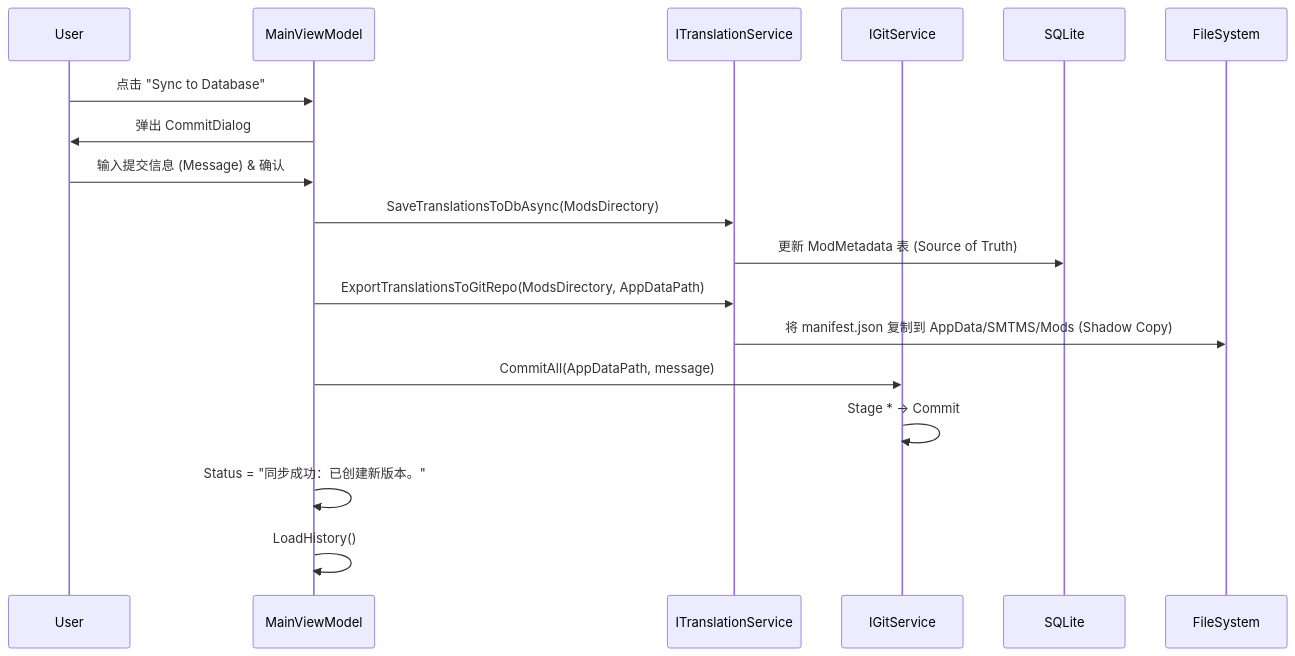
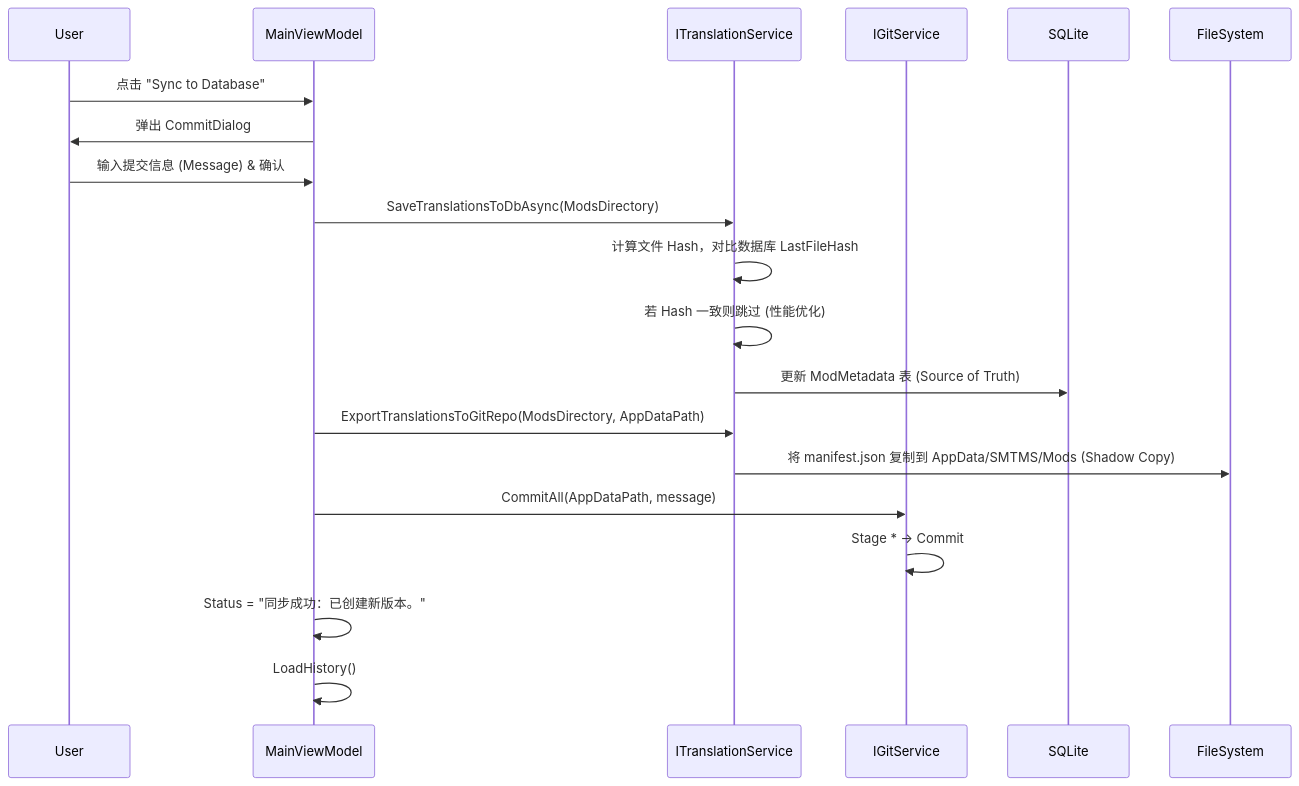
The eighth of 11 diagrams in docs/ARCHITECTURE.md (Sisyphean-a/SMTMS), drawn with Mermaid before and after one commit. The commit also changed other lines of this file and 6 other files, not shown here.

````diff
--- a/docs/ARCHITECTURE.md
+++ b/docs/ARCHITECTURE.md
@@ -225,25 +225,27 @@
 ```mermaid
 sequenceDiagram
     participant U as User
     participant VM as MainViewModel
     participant TS as ITranslationService
     participant GB as IGitService
     participant DB as SQLite
     participant FS as FileSystem
 
     U->>VM: 点击 "Sync to Database"
     VM->>U: 弹出 CommitDialog
     U->>VM: 输入提交信息 (Message) & 确认
 
     VM->>TS: SaveTranslationsToDbAsync(ModsDirectory)
+    TS->>TS: 计算文件 Hash，对比数据库 LastFileHash
+    TS->>TS: 若 Hash 一致则跳过 (性能优化)
     TS->>DB: 更新 ModMetadata 表 (Source of Truth)
 
     VM->>TS: ExportTranslationsToGitRepo(ModsDirectory, AppDataPath)
     TS->>FS: 将 manifest.json 复制到 AppData/SMTMS/Mods (Shadow Copy)
 
     VM->>GB: CommitAll(AppDataPath, message)
     GB->>GB: Stage * -> Commit
 
     VM->>VM: Status = "同步成功：已创建新版本。"
     VM->>VM: LoadHistory()
 ```
````
